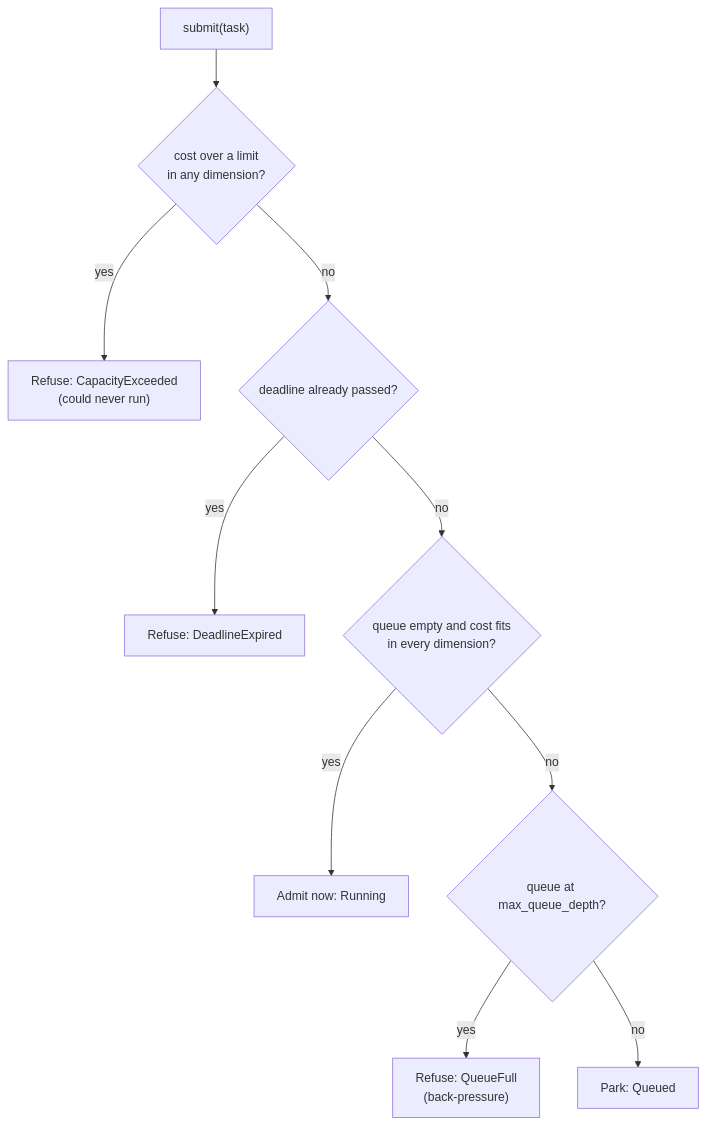
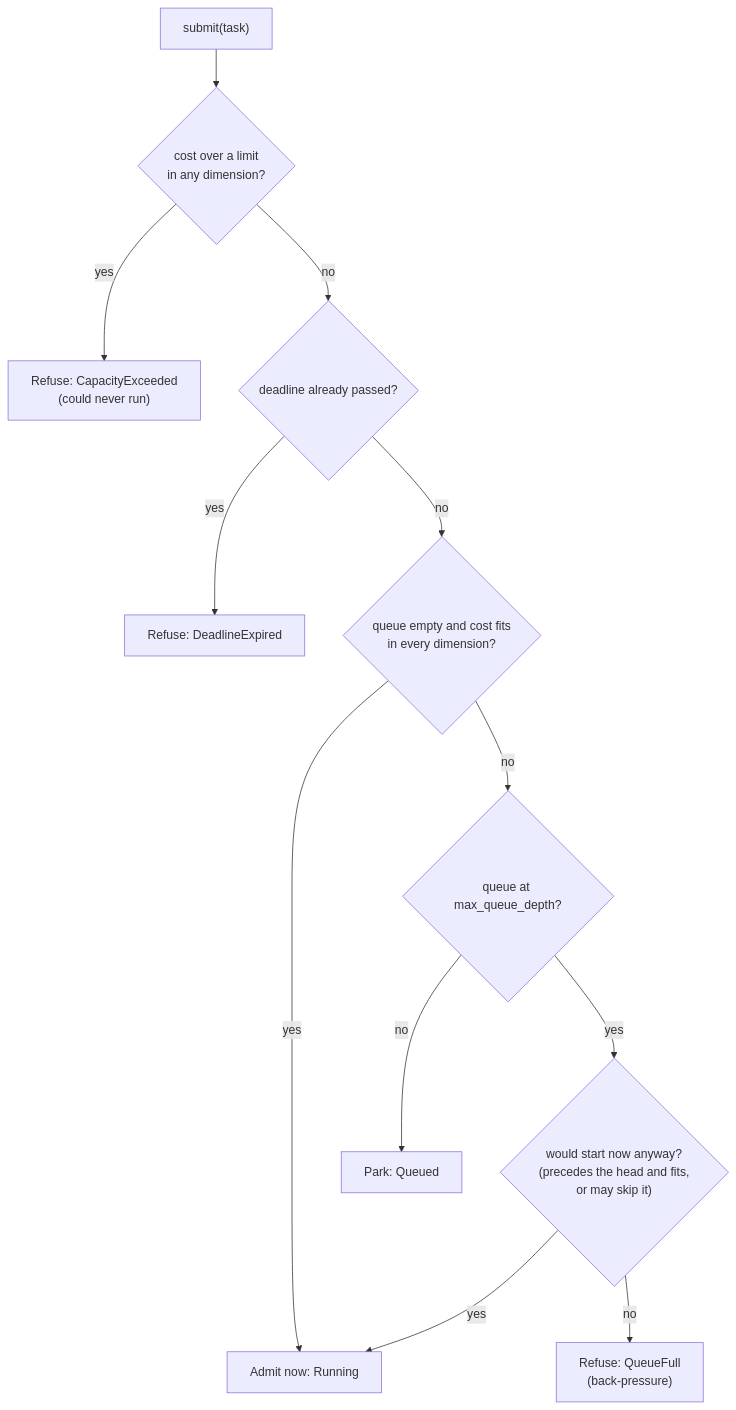
The first of 2 diagrams in website/docs/concepts/admission-control.md (Prometheus-AGS/prometheus-parking-lot-rs), drawn with Mermaid before and after one commit. The commit also changed other lines of this file and 5 other files, not shown here.

````diff
--- a/website/docs/concepts/admission-control.md
+++ b/website/docs/concepts/admission-control.md
@@ -36,12 +36,14 @@
 ```mermaid
 flowchart TD
   S["submit(task)"] --> X{"cost over a limit<br/>in any dimension?"}
   X -->|yes| R1["Refuse: CapacityExceeded<br/>(could never run)"]
   X -->|no| D{"deadline already passed?"}
   D -->|yes| R2["Refuse: DeadlineExpired"]
   D -->|no| F{"queue empty and cost fits<br/>in every dimension?"}
   F -->|yes| RUN["Admit now: Running"]
   F -->|no| QD{"queue at max_queue_depth?"}
-  QD -->|yes| R3["Refuse: QueueFull<br/>(back-pressure)"]
+  QD -->|yes| N{"would start now anyway?<br/>(precedes the head and fits,<br/>or may skip it)"}
+  N -->|yes| RUN
+  N -->|no| R3["Refuse: QueueFull<br/>(back-pressure)"]
   QD -->|no| PARK["Park: Queued"]
 ```
````
